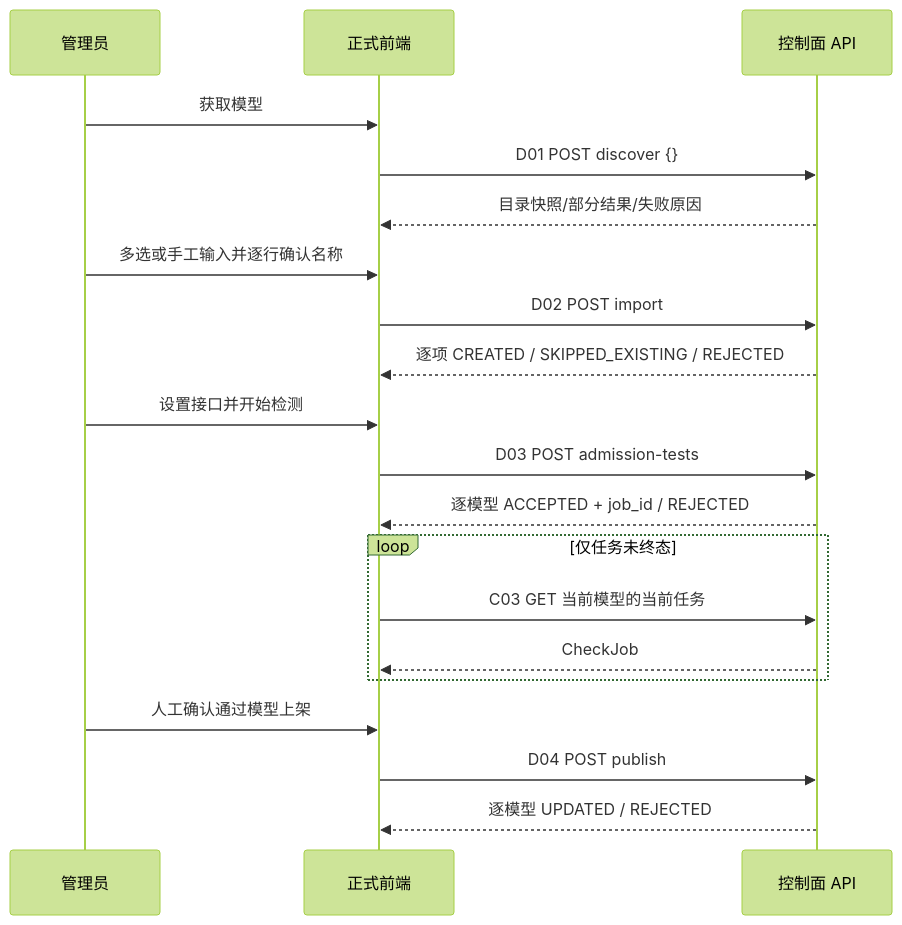
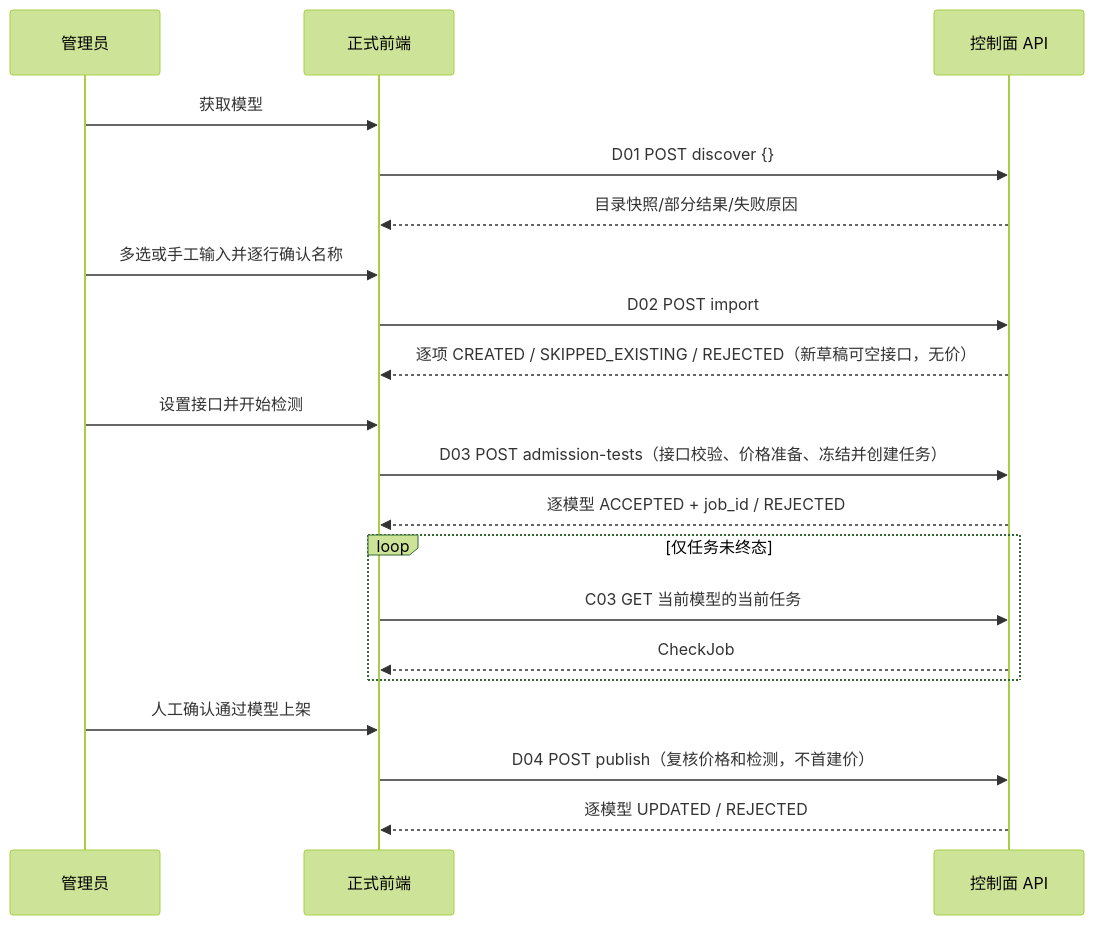
Before and after one commit to Gshengx/ai-gateway-admin: the diagram in docs/07-前端协同对接指南.md, drawn with Mermaid (forest theme). The commit also changed other lines of this file and 102 other files, not shown here.

````diff
--- a/docs/07-前端协同对接指南.md
+++ b/docs/07-前端协同对接指南.md
@@ -160,22 +171,22 @@
 ```mermaid
 sequenceDiagram
   participant U as 管理员
   participant F as 正式前端
   participant A as 控制面 API
   U->>F: 获取模型
   F->>A: D01 POST discover {}
   A-->>F: 目录快照/部分结果/失败原因
   U->>F: 多选或手工输入并逐行确认名称
   F->>A: D02 POST import
-  A-->>F: 逐项 CREATED / SKIPPED_EXISTING / REJECTED
+  A-->>F: 逐项 CREATED / SKIPPED_EXISTING / REJECTED（新草稿可空接口，无价）
   U->>F: 设置接口并开始检测
-  F->>A: D03 POST admission-tests
+  F->>A: D03 POST admission-tests（接口校验、价格准备、冻结并创建任务）
   A-->>F: 逐模型 ACCEPTED + job_id / REJECTED
   loop 仅任务未终态
     F->>A: C03 GET 当前模型的当前任务
     A-->>F: CheckJob
   end
   U->>F: 人工确认通过模型上架
-  F->>A: D04 POST publish
+  F->>A: D04 POST publish（复核价格和检测，不首建价）
   A-->>F: 逐模型 UPDATED / REJECTED
 ```
````
